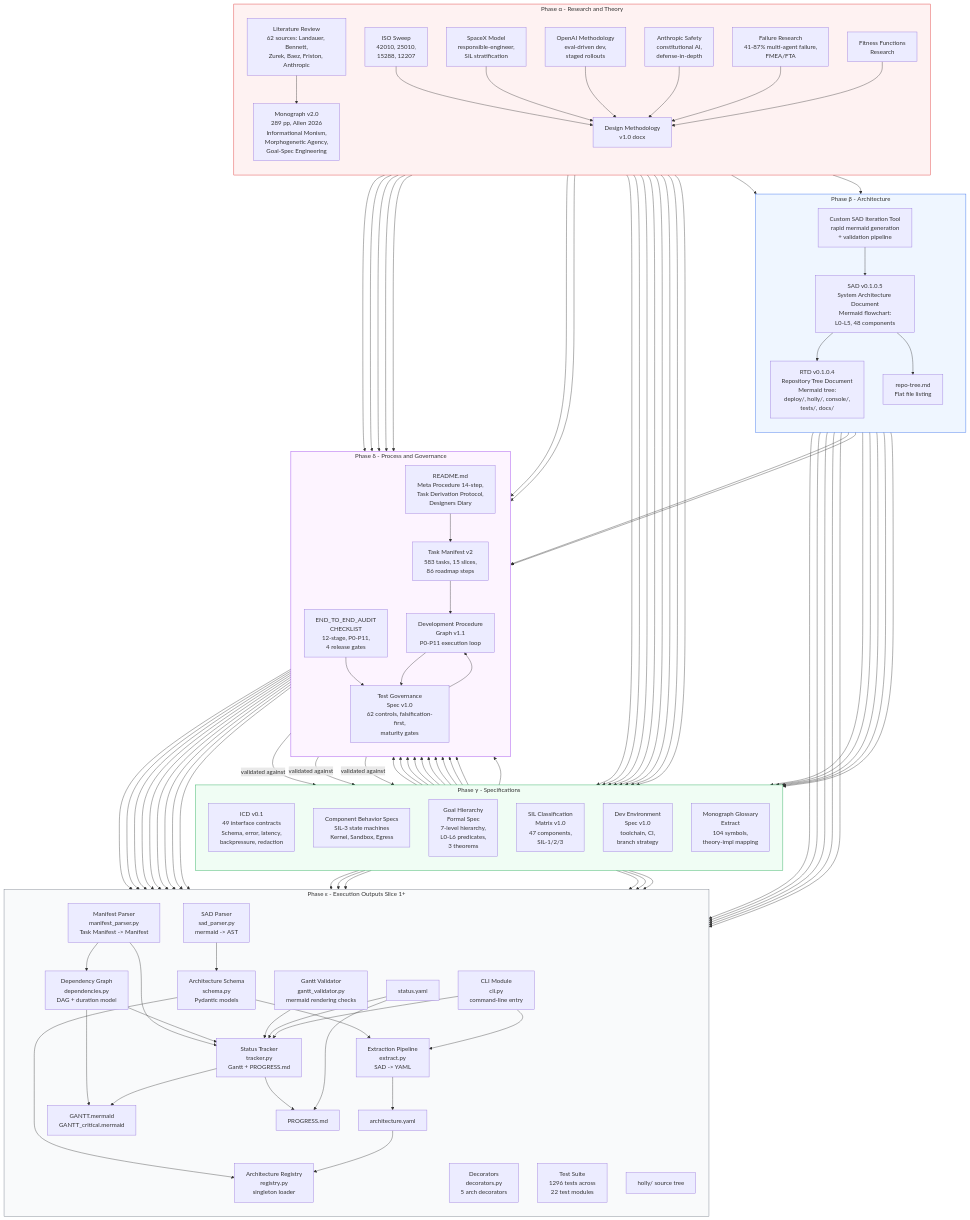
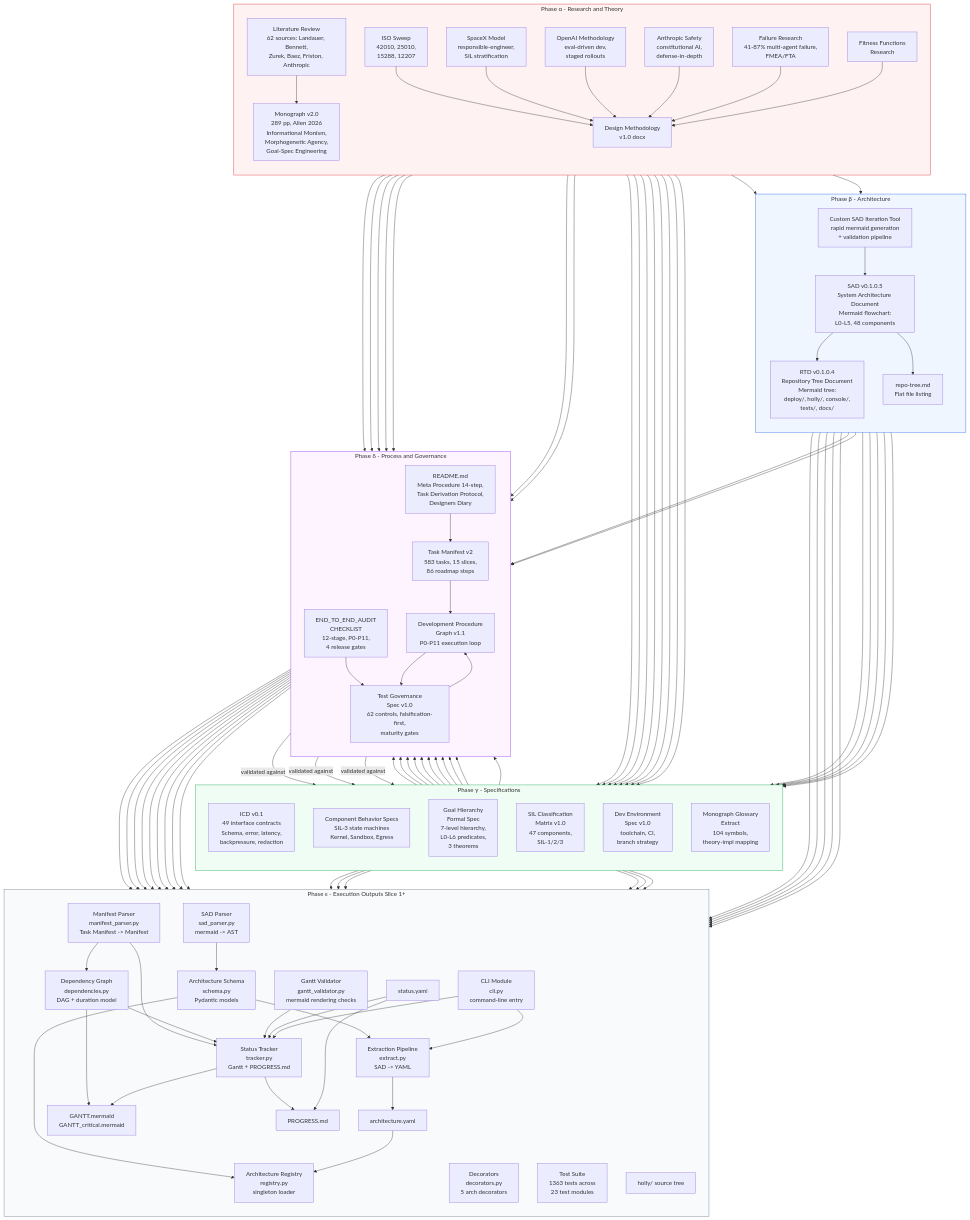
Before and after one commit to 1seansean1/ecom-agents: the diagram in docs/architecture/Artifact_Genealogy.md, drawn with Mermaid. The commit also changed other lines of this file and 8 other files, not shown here.

First line of the commit message:
Task 9.2: Architecture fitness functions

```diff
--- a/docs/architecture/Artifact_Genealogy.md
+++ b/docs/architecture/Artifact_Genealogy.md
@@ -97,7 +97,7 @@
         GANTT["GANTT.mermaid\nGANTT_critical.mermaid"]
         PROG["PROGRESS.md"]
         STATYS["status.yaml"]
-        TESTS["Test Suite\n1296 tests across\n22 test modules"]
+        TESTS["Test Suite\n1363 tests across\n23 test modules"]
         CODE["holly/ source tree"]
     end
 
```
